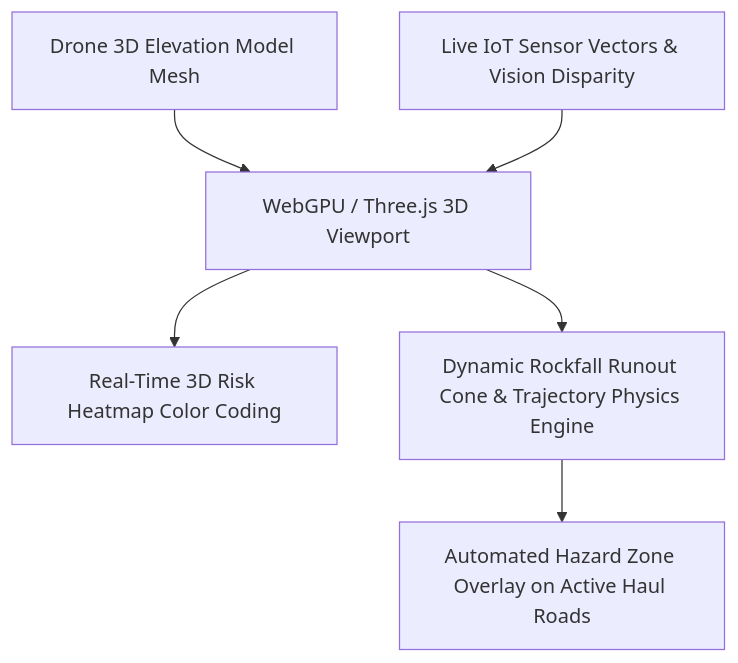
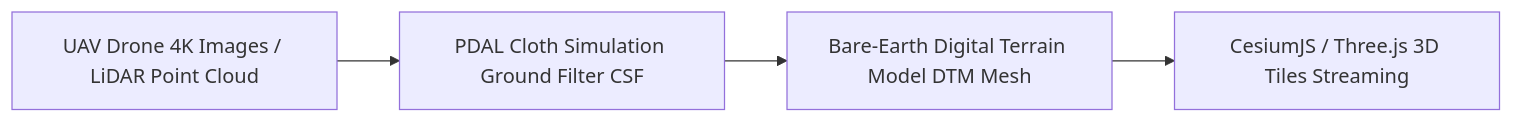
Before and after one commit to angelverman2021-a11y/Report: the second of 8 diagrams in docs/25_Digital_Twin_3D_Mine_Monitoring.md, drawn with Mermaid. The commit also changed other lines of this file, not shown here.

Commit message:
feat: Add comprehensive 20-section report for Existing Technology 25: Digital Twin & 3D Mine Slope Monitoring

````diff
--- a/docs/25_Digital_Twin_3D_Mine_Monitoring.md
+++ b/docs/25_Digital_Twin_3D_Mine_Monitoring.md
@@ -16,8 +121,6 @@
 ```mermaid
-flowchart TD
-    A[Drone 3D Elevation Model Mesh] --> B[WebGPU / Three.js 3D Viewport]
-    C[Live IoT Sensor Vectors & Vision Disparity] --> B
-    B --> D[Real-Time 3D Risk Heatmap Color Coding]
-    B --> E[Dynamic Rockfall Runout Cone & Trajectory Physics Engine]
-    E --> F[Automated Hazard Zone Overlay on Active Haul Roads]
+flowchart LR
+    DRONE[UAV Drone 4K Images / LiDAR Point Cloud] --> PDAL_CSF[PDAL Cloth Simulation Ground Filter CSF]
+    PDAL_CSF --> DTM[Bare-Earth Digital Terrain Model DTM Mesh]
+    DTM --> WEBGPU[CesiumJS / Three.js 3D Tiles Streaming]
 ```
````
